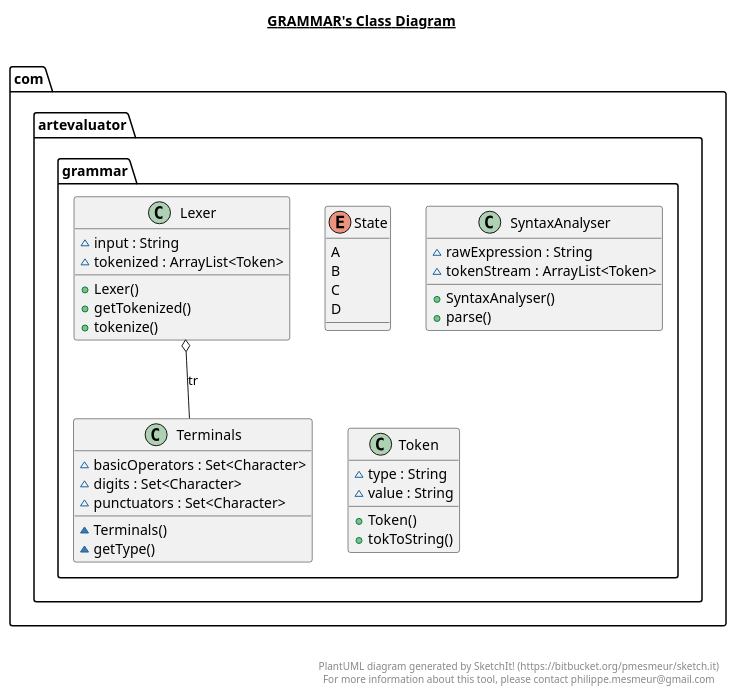
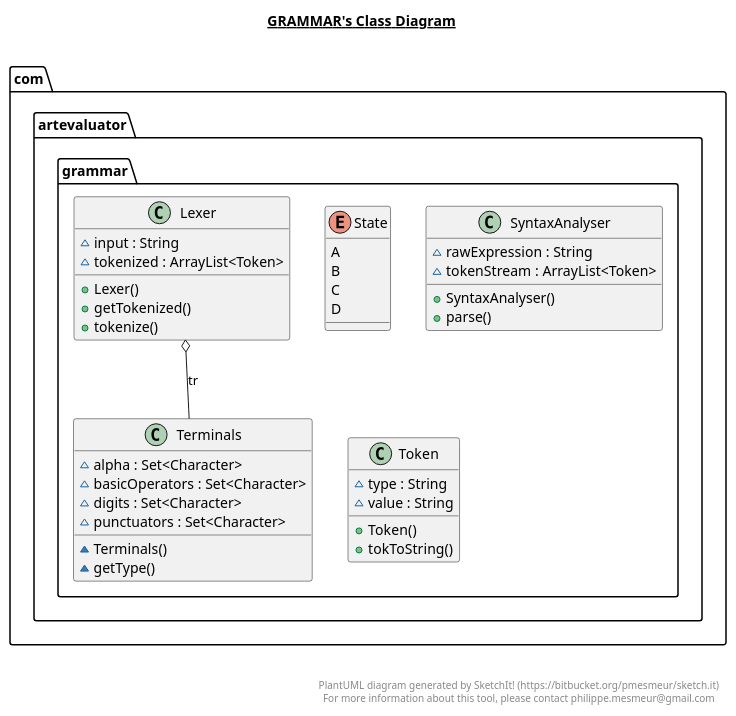
One commit to apoos-maximus/artevaluator changed the diagram in out/production/art-evaluator/com/artevaluator/grammar/grammar.plantuml. Above: the diagram before and after it, drawn with PlantUML. The commit also changed 11 other files, not shown here.

```diff
--- a/out/production/art-evaluator/com/artevaluator/grammar/grammar.plantuml
+++ b/out/production/art-evaluator/com/artevaluator/grammar/grammar.plantuml
@@ -1,78 +1,79 @@
 @startuml
 
 title __GRAMMAR's Class Diagram__\n
 
   namespace com.artevaluator {
     namespace grammar {
       class com.artevaluator.grammar.Lexer {
           ~ input : String
           ~ tokenized : ArrayList<Token>
           + Lexer()
           + getTokenized()
           + tokenize()
       }
     }
   }
   
 
   namespace com.artevaluator {
     namespace grammar {
       enum State {
         A
         B
         C
         D
       }
     }
   }
   
 
   namespace com.artevaluator {
     namespace grammar {
       class com.artevaluator.grammar.SyntaxAnalyser {
           ~ rawExpression : String
           ~ tokenStream : ArrayList<Token>
           + SyntaxAnalyser()
           + parse()
       }
     }
   }
   
 
   namespace com.artevaluator {
     namespace grammar {
       class com.artevaluator.grammar.Terminals {
+          ~ alpha : Set<Character>
           ~ basicOperators : Set<Character>
           ~ digits : Set<Character>
           ~ punctuators : Set<Character>
           ~ Terminals()
           ~ getType()
       }
     }
   }
   
 
   namespace com.artevaluator {
     namespace grammar {
       class com.artevaluator.grammar.Token {
           ~ type : String
           ~ value : String
           + Token()
           + tokToString()
       }
     }
   }
   
 
   com.artevaluator.grammar.Lexer o-- com.artevaluator.grammar.Terminals : tr
   com.artevaluator.grammar.Lexer +-down- com.artevaluator.grammar.Lexer.State
 
 
 right footer
 
 
 PlantUML diagram generated by SketchIt! (https://bitbucket.org/pmesmeur/sketch.it)
 For more information about this tool, please contact philippe.mesmeur@gmail.com
 endfooter
 
 @enduml
```
